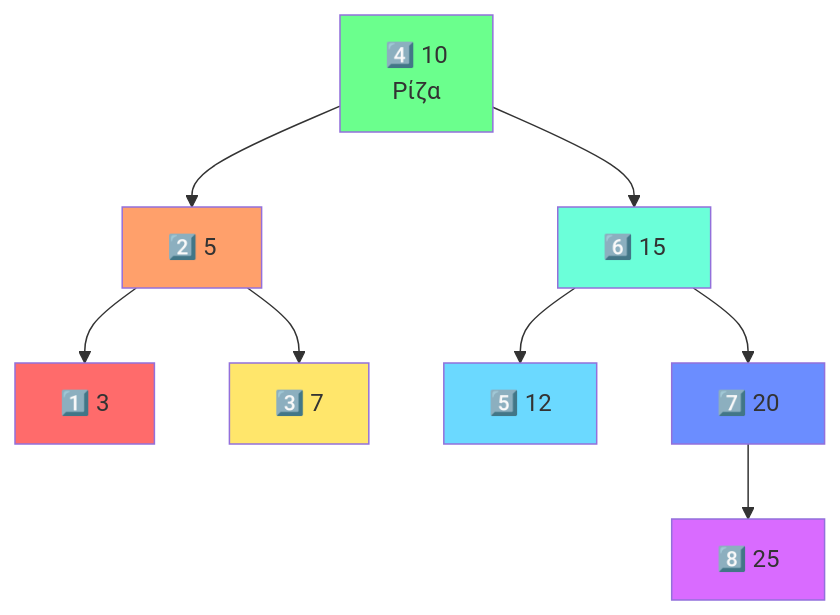
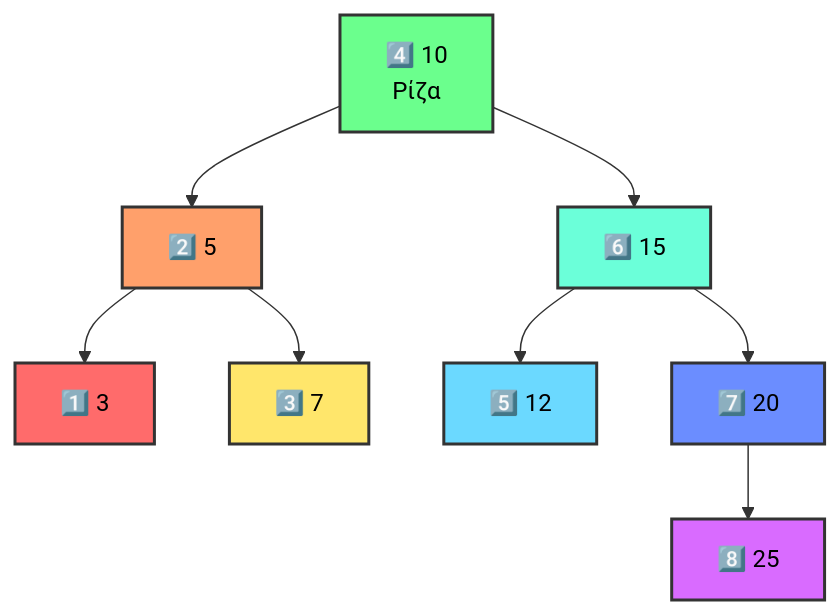
The third of 43 diagrams in Year_2/Semester_3/DSA_DATA_STRUCTURES_ALGORITHMS/Lectures/Binary_Trees.md (PanagopoulosNikolaos/DitOpenNotes), drawn with Mermaid before and after one commit. The commit also changed other lines of this file and 4 other files, not shown here.

````diff
--- a/Year_2/Semester_3/DSA_DATA_STRUCTURES_ALGORITHMS/Lectures/Binary_Trees.md
+++ b/Year_2/Semester_3/DSA_DATA_STRUCTURES_ALGORITHMS/Lectures/Binary_Trees.md
@@ -98,19 +98,19 @@
 ```mermaid
 graph TD
     A["4️⃣ 10<br/>Ρίζα"] --> B["2️⃣ 5"]
     A --> C["6️⃣ 15"]
     B --> D["1️⃣ 3"]
     B --> E["3️⃣ 7"]
     C --> F["5️⃣ 12"]
     C --> G["7️⃣ 20"]
     G --> GA["8️⃣ 25"]
     
-    style D fill:#ff6b6b
-    style B fill:#ffa06b
-    style E fill:#ffe66b
-    style A fill:#6bff8d
-    style C fill:#6bffd9
-    style F fill:#6bd9ff
-    style G fill:#6b8dff
-    style GA fill:#d96bff
+    style D fill:#ff6b6b,stroke:#333,stroke-width:2px,color:black
+    style B fill:#ffa06b,stroke:#333,stroke-width:2px,color:black
+    style E fill:#ffe66b,stroke:#333,stroke-width:2px,color:black
+    style A fill:#6bff8d,stroke:#333,stroke-width:2px,color:black
+    style C fill:#6bffd9,stroke:#333,stroke-width:2px,color:black
+    style F fill:#6bd9ff,stroke:#333,stroke-width:2px,color:black
+    style G fill:#6b8dff,stroke:#333,stroke-width:2px,color:black
+    style GA fill:#d96bff,stroke:#333,stroke-width:2px,color:black
 ```
````
